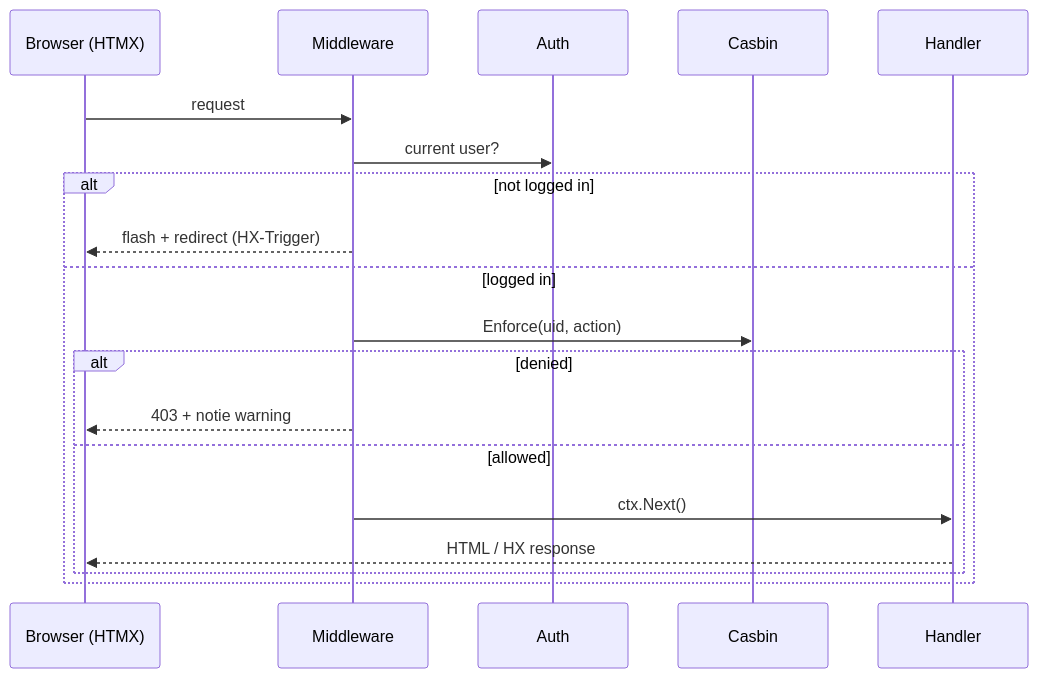
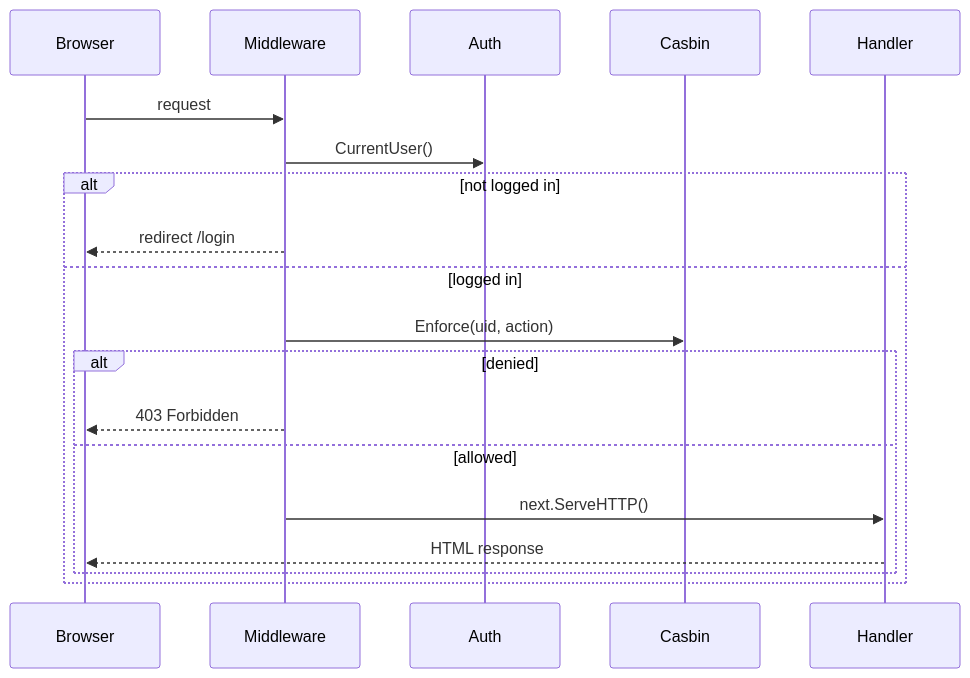
One commit to AxelRHD/hagg changed the third of 3 diagrams in ARCHITECTURE.md. Above: the diagram before and after it, drawn with Mermaid. The commit also changed other lines of this file and 2 other files, not shown here.

First line of the commit message:
Update documentation for new architecture (Chi, surreal.js, Tailwind)

````diff
--- a/ARCHITECTURE.md
+++ b/ARCHITECTURE.md
@@ -248,22 +690,22 @@
 ```mermaid
 sequenceDiagram
-    participant B as Browser (HTMX)
+    participant B as Browser
     participant M as Middleware
     participant A as Auth
-    participant Z as Casbin
+    participant C as Casbin
     participant H as Handler
 
     B->>M: request
-    M->>A: current user?
+    M->>A: CurrentUser()
     alt not logged in
-        M-->>B: flash + redirect (HX-Trigger)
+        M-->>B: redirect /login
     else logged in
-        M->>Z: Enforce(uid, action)
+        M->>C: Enforce(uid, action)
         alt denied
-            M-->>B: 403 + notie warning
+            M-->>B: 403 Forbidden
         else allowed
-            M->>H: ctx.Next()
-            H-->>B: HTML / HX response
+            M->>H: next.ServeHTTP()
+            H-->>B: HTML response
         end
     end
 ```
````
